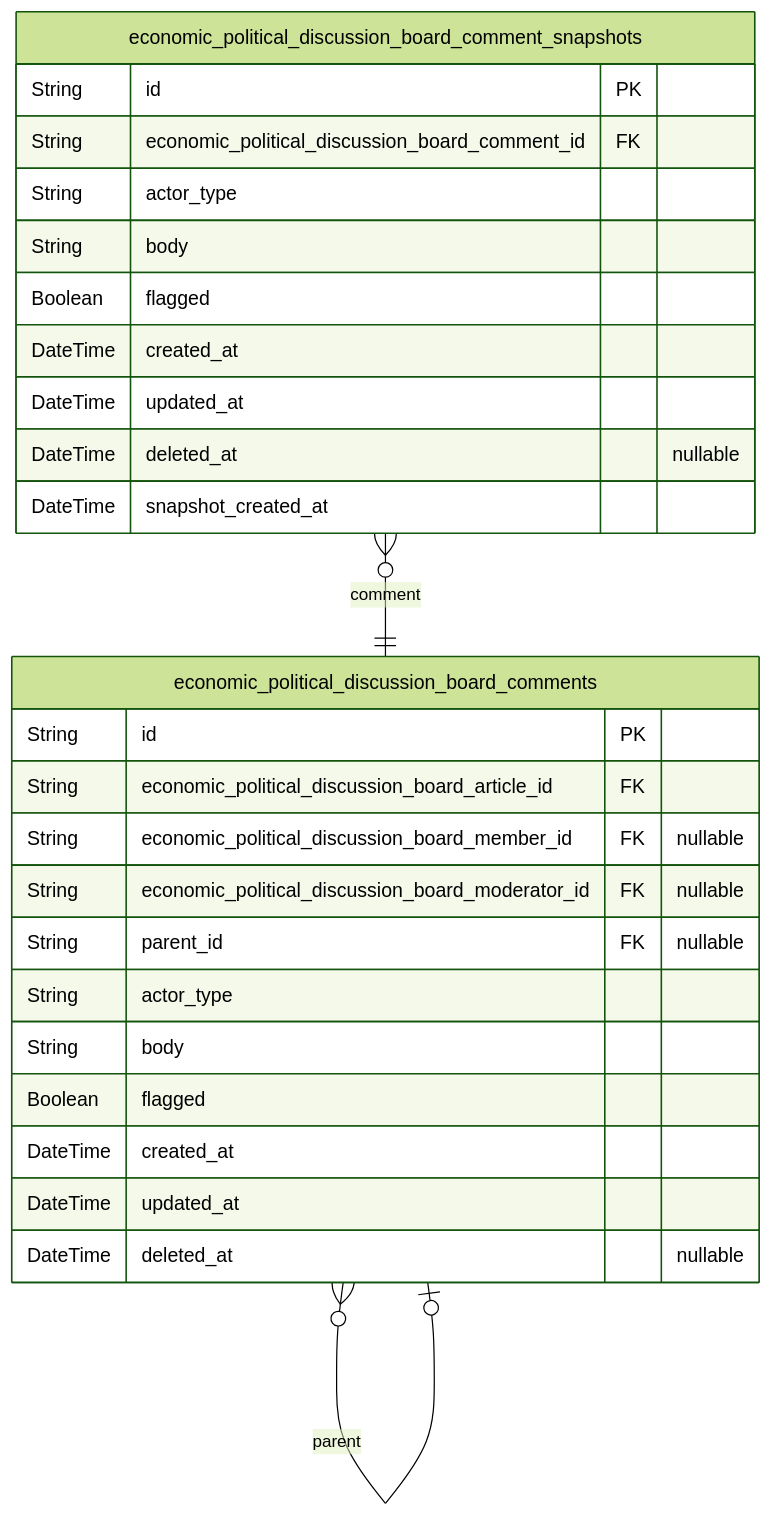
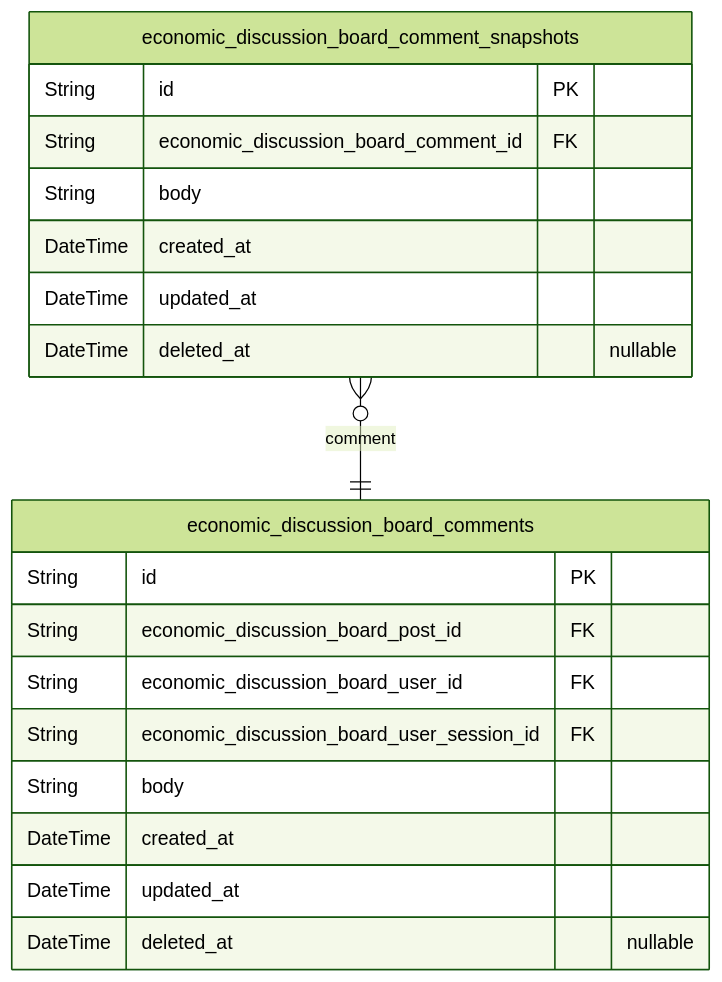
The fourth of 5 diagrams in mistralai/codestral-2508/bbs/docs/ERD.md (wrtnlabs/autobe-examples), drawn with Mermaid (forest theme) before and after one commit. The commit also changed other lines of this file and 3569 other files, not shown here.

````diff
--- a/mistralai/codestral-2508/bbs/docs/ERD.md
+++ b/mistralai/codestral-2508/bbs/docs/ERD.md
@@ -366,29 +312,22 @@
 ```mermaid
 erDiagram
-"economic_political_discussion_board_comments" {
+"economic_discussion_board_comments" {
   String id PK
-  String economic_political_discussion_board_article_id FK
-  String economic_political_discussion_board_member_id FK "nullable"
-  String economic_political_discussion_board_moderator_id FK "nullable"
-  String parent_id FK "nullable"
-  String actor_type
+  String economic_discussion_board_post_id FK
+  String economic_discussion_board_user_id FK
+  String economic_discussion_board_user_session_id FK
   String body
-  Boolean flagged
   DateTime created_at
   DateTime updated_at
   DateTime deleted_at "nullable"
 }
-"economic_political_discussion_board_comment_snapshots" {
+"economic_discussion_board_comment_snapshots" {
   String id PK
-  String economic_political_discussion_board_comment_id FK
-  String actor_type
+  String economic_discussion_board_comment_id FK
   String body
-  Boolean flagged
   DateTime created_at
   DateTime updated_at
   DateTime deleted_at "nullable"
-  DateTime snapshot_created_at
 }
-"economic_political_discussion_board_comments" }o--o| "economic_political_discussion_board_comments" : parent
-"economic_political_discussion_board_comment_snapshots" }o--|| "economic_political_discussion_board_comments" : comment
+"economic_discussion_board_comment_snapshots" }o--|| "economic_discussion_board_comments" : comment
 ```
````
